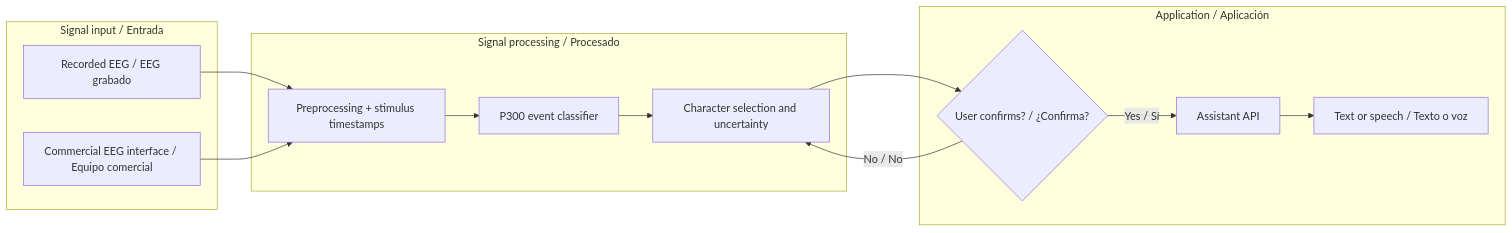
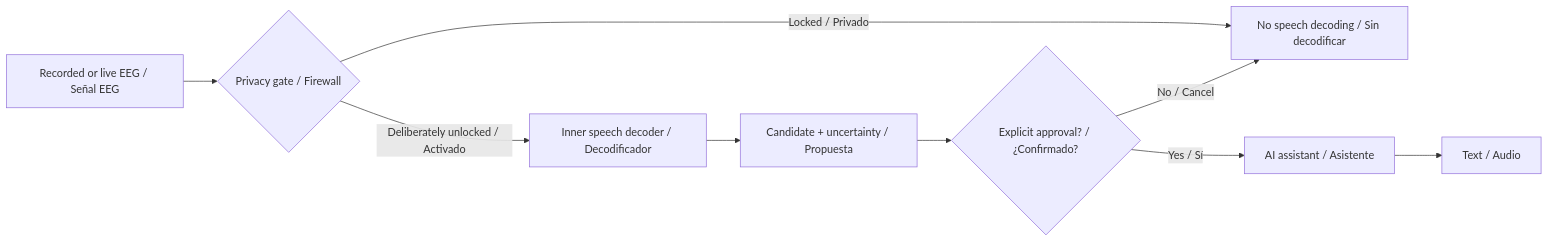
The diagram in README.md (alvrichh/NeuroLink-AI), drawn with Mermaid before and after one commit. The commit also changed other lines of this file and 8 other files, not shown here.

Commit message:
docs: pivot to voluntary inner speech and design a default-locked neural privacy firewall

````diff
--- a/README.md
+++ b/README.md
@@ -34,22 +40,11 @@
 ```mermaid
 flowchart LR
-  subgraph SRC["Signal input / Entrada"]
-    EEG["Recorded EEG / EEG grabado"]
-    HW["Commercial EEG interface / Equipo comercial"]
-  end
-  subgraph DSP["Signal processing / Procesado"]
-    PRE["Preprocessing + stimulus timestamps"]
-    ERP["P300 event classifier"]
-    DEC["Character selection and uncertainty"]
-  end
-  subgraph APP["Application / Aplicación"]
-    CONF{"User confirms? / ¿Confirma?"}
-    AI["Assistant API"]
-    OUT["Text or speech / Texto o voz"]
-  end
-  EEG --> PRE
-  HW --> PRE
-  PRE --> ERP --> DEC --> CONF
-  CONF -->|"Yes / Sí"| AI --> OUT
-  CONF -->|"No / No"| DEC
+  S["Recorded or live EEG / Señal EEG"] --> G{"Privacy gate / Firewall"}
+  G -->|"Locked / Privado"| X["No speech decoding / Sin decodificar"]
+  G -->|"Deliberately unlocked / Activado"| D["Inner speech decoder / Decodificador"]
+  D --> P["Candidate + uncertainty / Propuesta"]
+  P --> C{"Explicit approval? / ¿Confirmado?"}
+  C -->|"No / Cancel"| X
+  C -->|"Yes / Sí"| A["AI assistant / Asistente"]
+  A --> F["Text / Audio"]
 ```
````
